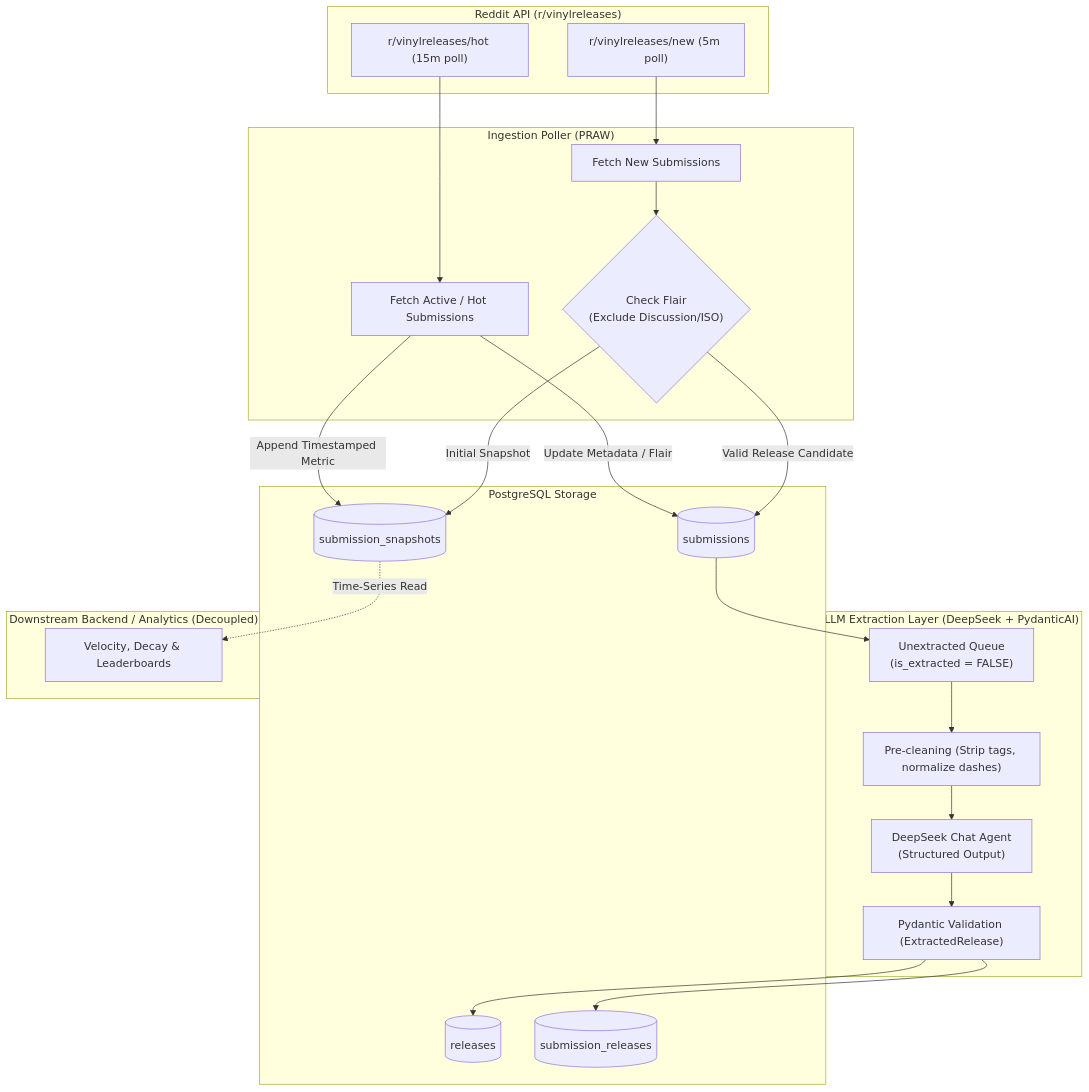
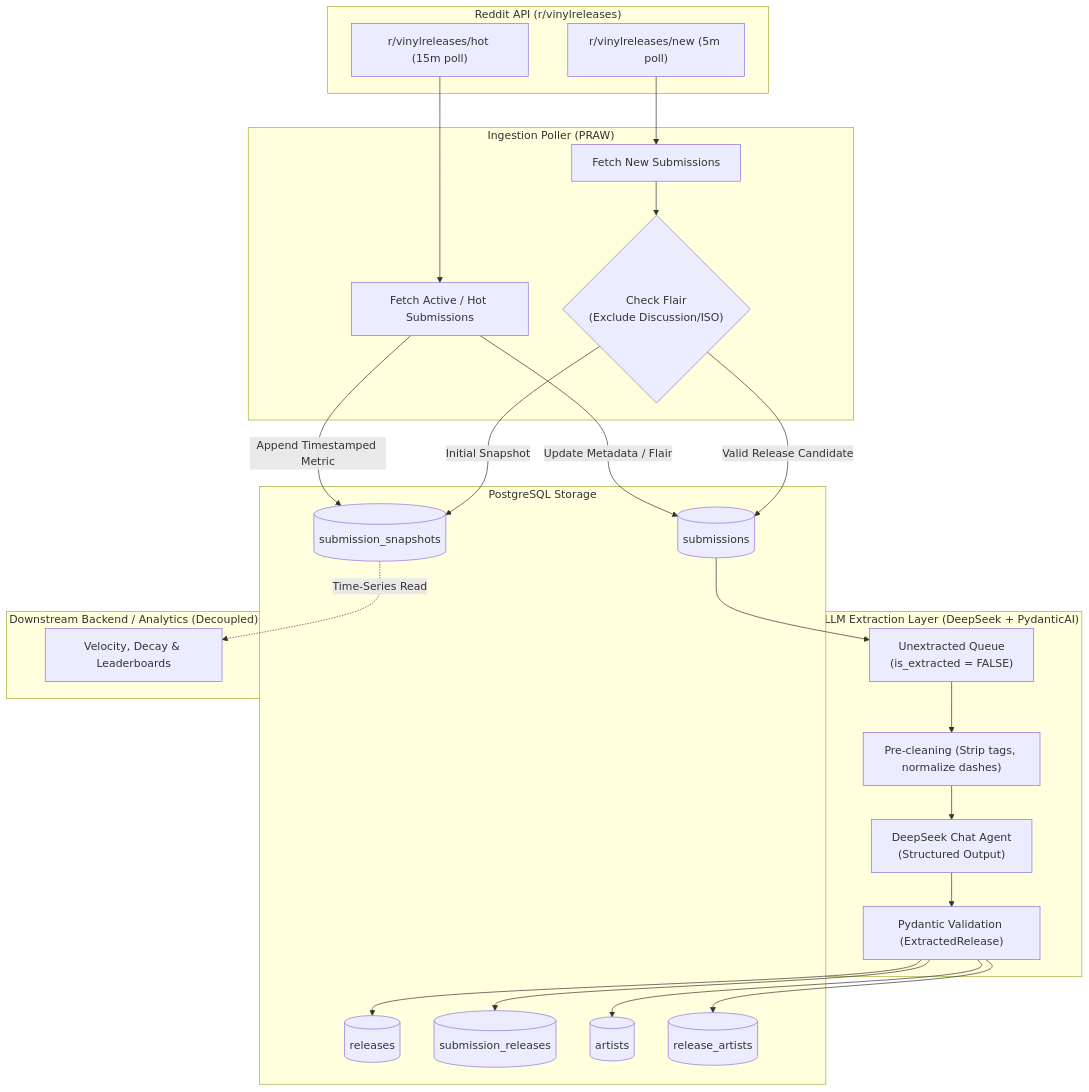
One commit to Lolgend/vinyl-reddit-scrape changed the diagram in docs/spec/vinyl-releases-scraper.md. Above: the diagram before and after it, drawn with Mermaid. The commit also changed other lines of this file and 9 other files, not shown here.

````diff
--- a/docs/spec/vinyl-releases-scraper.md
+++ b/docs/spec/vinyl-releases-scraper.md
@@ -9,49 +16,53 @@
 ```mermaid
 flowchart TD
     subgraph Reddit["Reddit API (r/vinylreleases)"]
         SubNew["r/vinylreleases/new (5m poll)"]
         SubHot["r/vinylreleases/hot (15m poll)"]
     end
 
     subgraph Poller["Ingestion Poller (PRAW)"]
         FetchNew["Fetch New Submissions"]
         FetchHot["Fetch Active / Hot Submissions"]
         FilterFlairs{"Check Flair\n(Exclude Discussion/ISO)"}
     end
 
     subgraph Database["PostgreSQL Storage"]
         T_Submissions[("submissions")]
         T_Snapshots[("submission_snapshots")]
         T_Releases[("releases")]
         T_SubRel[("submission_releases")]
+        T_Artists[("artists")]
+        T_RelArt[("release_artists")]
     end
 
     subgraph Extractor["LLM Extraction Layer (DeepSeek + PydanticAI)"]
         Queue["Unextracted Queue\n(is_extracted = FALSE)"]
         PreClean["Pre-cleaning (Strip tags, normalize dashes)"]
         DeepSeekAgent["DeepSeek Chat Agent\n(Structured Output)"]
         ValidateSchema["Pydantic Validation (ExtractedRelease)"]
     end
 
     subgraph Downstream["Downstream Backend / Analytics (Decoupled)"]
         AnalyticsEngine["Velocity, Decay & Leaderboards"]
     end
 
     SubNew --> FetchNew
     SubHot --> FetchHot
     FetchNew --> FilterFlairs
     FilterFlairs -->|Valid Release Candidate| T_Submissions
     FilterFlairs -->|Initial Snapshot| T_Snapshots
 
     FetchHot -->|Update Metadata / Flair| T_Submissions
     FetchHot -->|Append Timestamped Metric| T_Snapshots
 
     T_Submissions --> Queue
     Queue --> PreClean
     PreClean --> DeepSeekAgent
     DeepSeekAgent --> ValidateSchema
     ValidateSchema --> T_Releases
+    ValidateSchema --> T_Artists
+    ValidateSchema --> T_RelArt
     ValidateSchema --> T_SubRel
 
     T_Snapshots -.->|Time-Series Read| AnalyticsEngine
 ```
````
